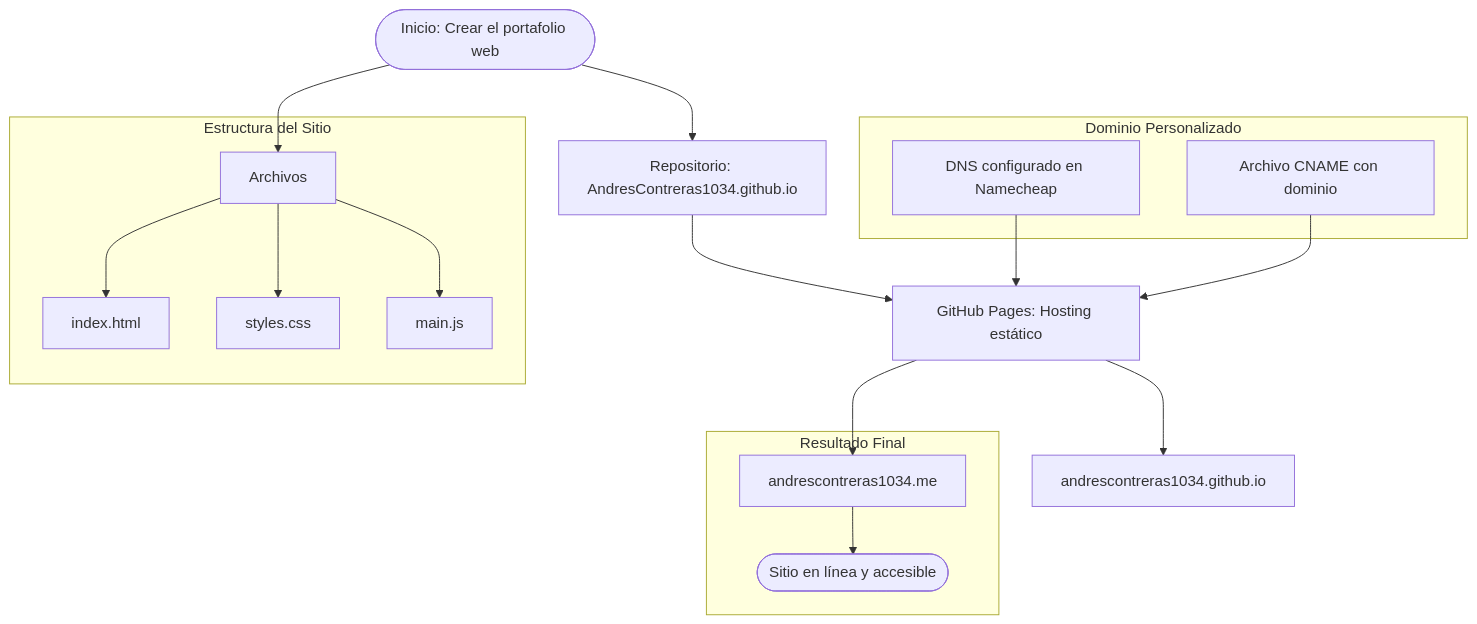
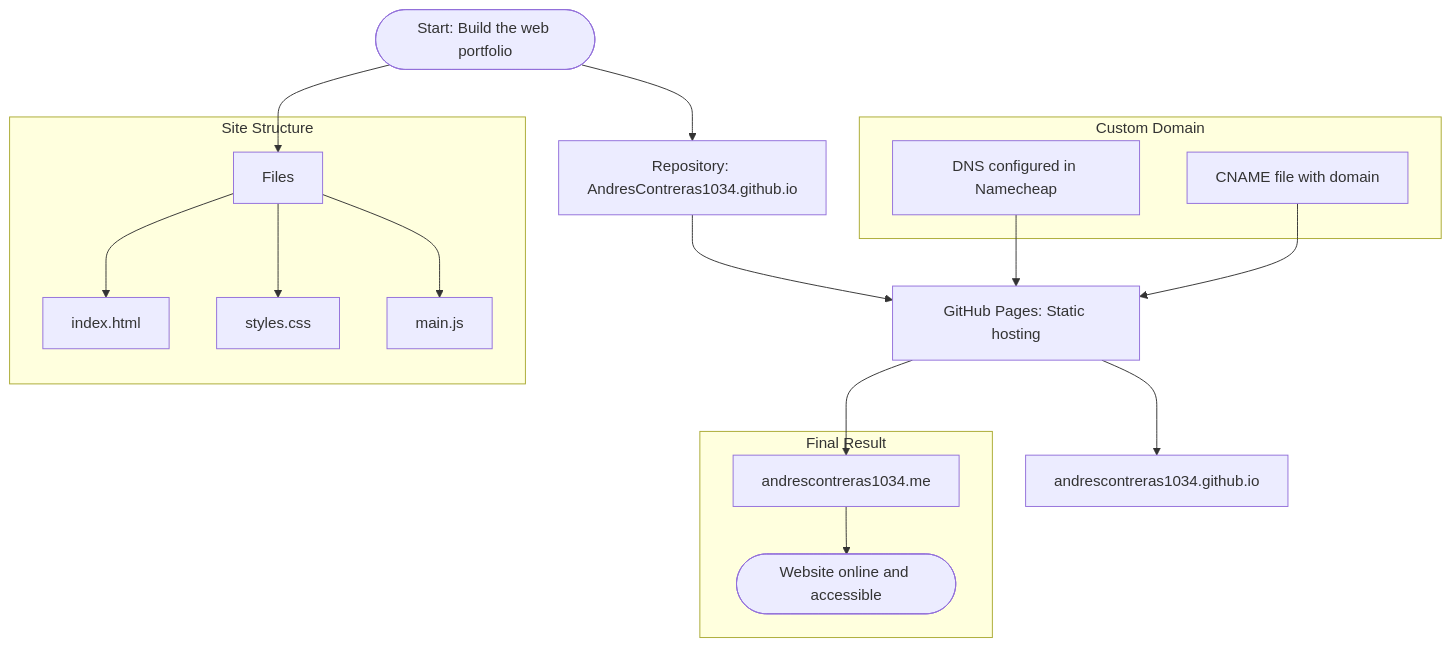
Before and after one commit to AndresContreras1034/AndresContreras1034.github.io: the diagram in README.md, drawn with Mermaid.

````diff
--- a/README.md
+++ b/README.md
@@ -1,31 +1,32 @@
 ```mermaid
-  graph TD
+graph TD
 
-Start([Inicio: Crear el portafolio web])
-Start --> Archivos
+Start([Start: Build the web portfolio])
+Start --> Files
 Start --> Repo
 
-subgraph Estructura del Sitio
-  Archivos --> HTML[index.html]
-  Archivos --> CSS[styles.css]
-  Archivos --> JS[main.js]
+subgraph Site Structure
+  Files --> HTML[index.html]
+  Files --> CSS[styles.css]
+  Files --> JS[main.js]
 end
 
-Repo[Repositorio: AndresContreras1034.github.io]
-Repo --> GitHubPages[GitHub Pages: Hosting estático]
+Repo[Repository: AndresContreras1034.github.io]
+Repo --> GitHubPages[GitHub Pages: Static hosting]
 GitHubPages --> WebGitHub[andrescontreras1034.github.io]
 
-subgraph Dominio Personalizado
-  DNS[DNS configurado en Namecheap]
-  CNAME[Archivo CNAME con dominio]
+subgraph Custom Domain
+  DNS[DNS configured in Namecheap]
+  CNAME[CNAME file with domain]
 end
 
 DNS --> GitHubPages
 CNAME --> GitHubPages
 
 GitHubPages --> WebFinal[andrescontreras1034.me]
 
-subgraph Resultado Final
-  WebFinal --> Fin([Sitio en línea y accesible])
-end 
+subgraph Final Result
+  WebFinal --> End([Website online and accessible])
+end
+
 ```
````
